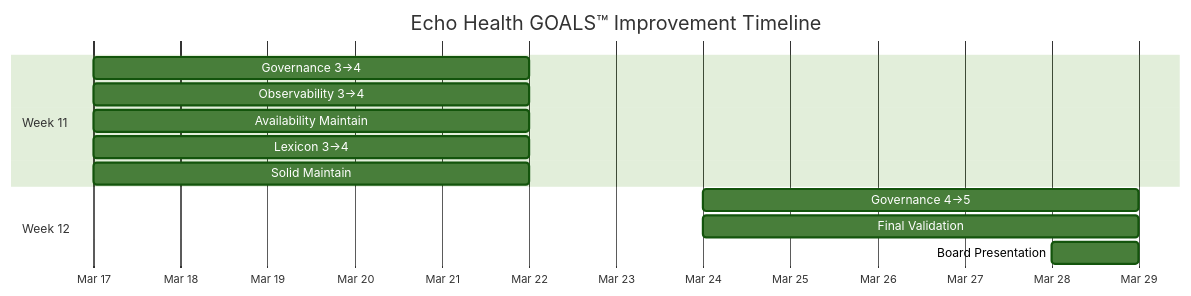
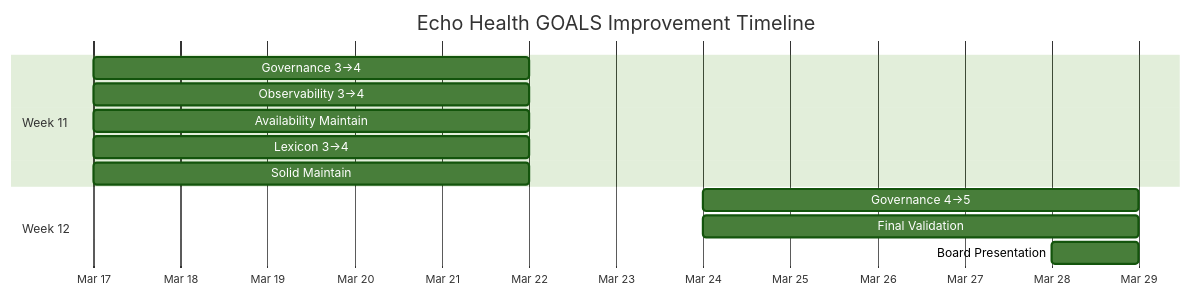
One commit to saitejesh-cyber/trust-before-intelligence-book changed the diagram in mermaid-source/figure-8-2.mmd. Above: the diagram before and after it, drawn with Mermaid (forest theme). The commit also changed 62 other files, not shown here.

```diff
--- a/mermaid-source/figure-8-2.mmd
+++ b/mermaid-source/figure-8-2.mmd
@@ -1,16 +1,16 @@
 gantt
-  title Echo Health GOALS™ Improvement Timeline
+  title Echo Health GOALS Improvement Timeline
   dateFormat YYYY-MM-DD
   axisFormat %b %d
   
   section Week 11
   Governance 3→4   :g1, 2025-03-17, 5d
   Observability 3→4 :o1, 2025-03-17, 5d
   Availability Maintain :a1, 2025-03-17, 5d
   Lexicon 3→4    :l1, 2025-03-17, 5d
   Solid Maintain   :s1, 2025-03-17, 5d
   
   section Week 12
   Governance 4→5   :g2, 2025-03-24, 5d
   Final Validation  :v1, 2025-03-24, 5d
   Board Presentation :bp, 2025-03-28, 1d
```
